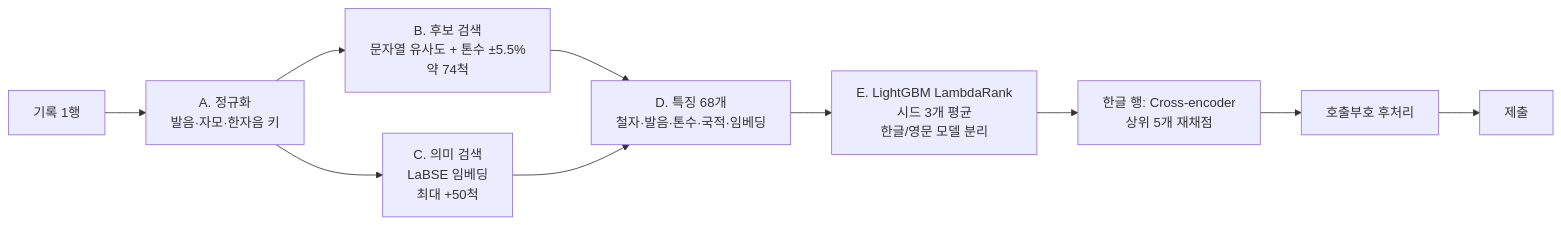
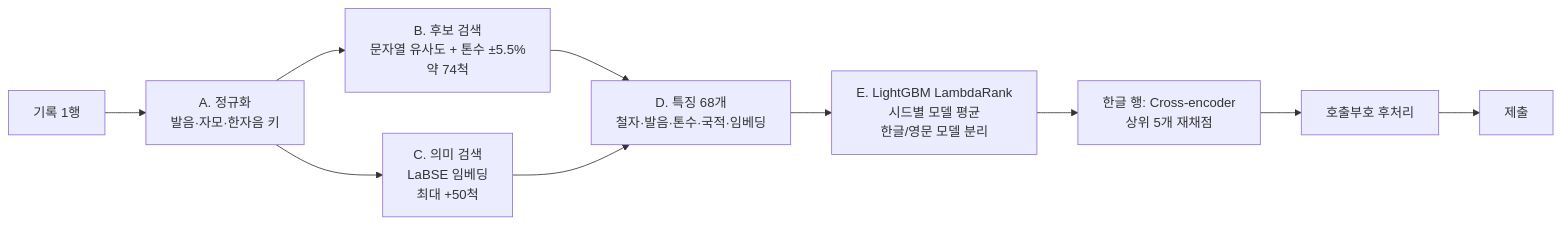
Before and after one commit to haneul55/dacon-vessel-matching: the diagram in README.md, drawn with Mermaid. The commit also changed other lines of this file and 2 other files, not shown here.

````diff
--- a/README.md
+++ b/README.md
@@ -30,12 +30,12 @@
 ```mermaid
 flowchart LR
     A[기록 1행] --> B[A. 정규화<br/>발음·자모·한자음 키]
     B --> C[B. 후보 검색<br/>문자열 유사도 + 톤수 ±5.5%<br/>약 74척]
     B --> D[C. 의미 검색<br/>LaBSE 임베딩<br/>최대 +50척]
     C --> E[D. 특징 68개<br/>철자·발음·톤수·국적·임베딩]
     D --> E
-    E --> F[E. LightGBM LambdaRank<br/>시드 3개 평균<br/>한글/영문 모델 분리]
+    E --> F[E. LightGBM LambdaRank<br/>시드별 모델 평균<br/>한글/영문 모델 분리]
     F --> G[한글 행: Cross-encoder<br/>상위 5개 재채점]
     G --> H[호출부호 후처리]
     H --> I[제출]
 ```
````
